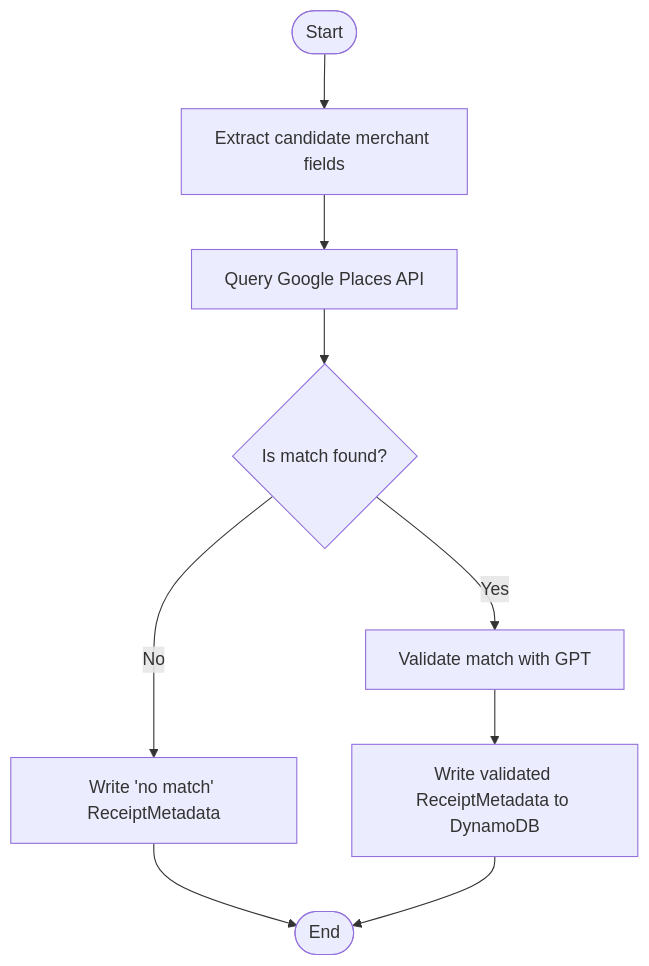
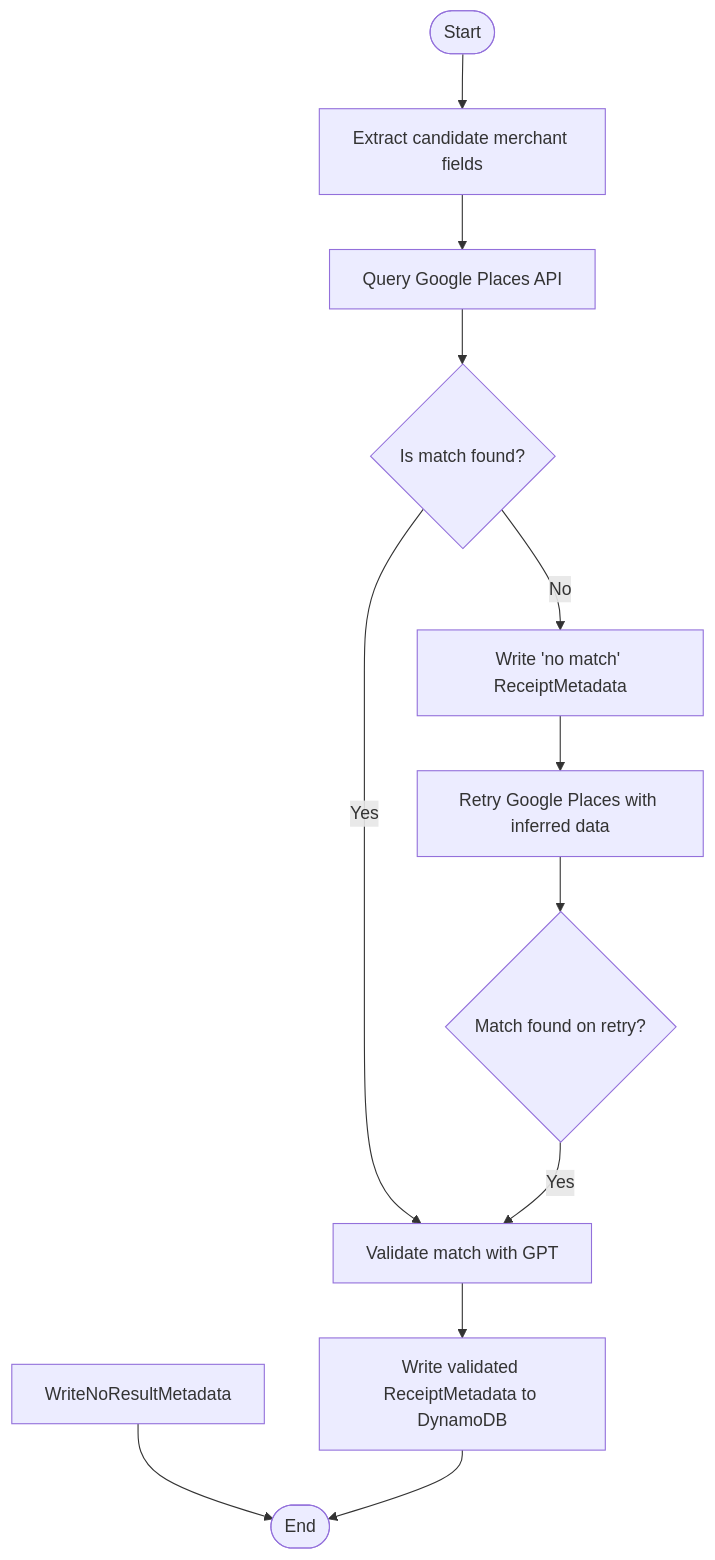
The diagram in receipt_label/receipt_label/merchant_validation/README.md (tnorlund/Portfolio), drawn with Mermaid before and after one commit.

````diff
--- a/receipt_label/receipt_label/merchant_validation/README.md
+++ b/receipt_label/receipt_label/merchant_validation/README.md
@@ -5,12 +5,15 @@
 ```mermaid
 flowchart TD
     Start([Start]) --> ExtractReceiptFields["Extract candidate merchant fields"]
     ExtractReceiptFields --> SearchGooglePlaces["Query Google Places API"]
     SearchGooglePlaces --> IsMatchFound{"Is match found?"}
 
     IsMatchFound -- Yes --> ValidateWithGPT["Validate match with GPT"]
-    IsMatchFound -- No --> WriteNoResultMetadata["Write 'no match' ReceiptMetadata"]
+    IsMatchFound -- No --> InferWithGPT["Write 'no match' ReceiptMetadata"]
+    InferWithGPT --> RetryGoogleSearch["Retry Google Places with inferred data"]
+    RetryGoogleSearch --> IsRetryMatchFound{"Match found on retry?"}
+    IsRetryMatchFound -- Yes --> ValidateWithGPT
     ValidateWithGPT --> WriteMetadata["Write validated ReceiptMetadata to DynamoDB"]
     WriteNoResultMetadata --> End([End])
     WriteMetadata --> End([End])
 ```
````
